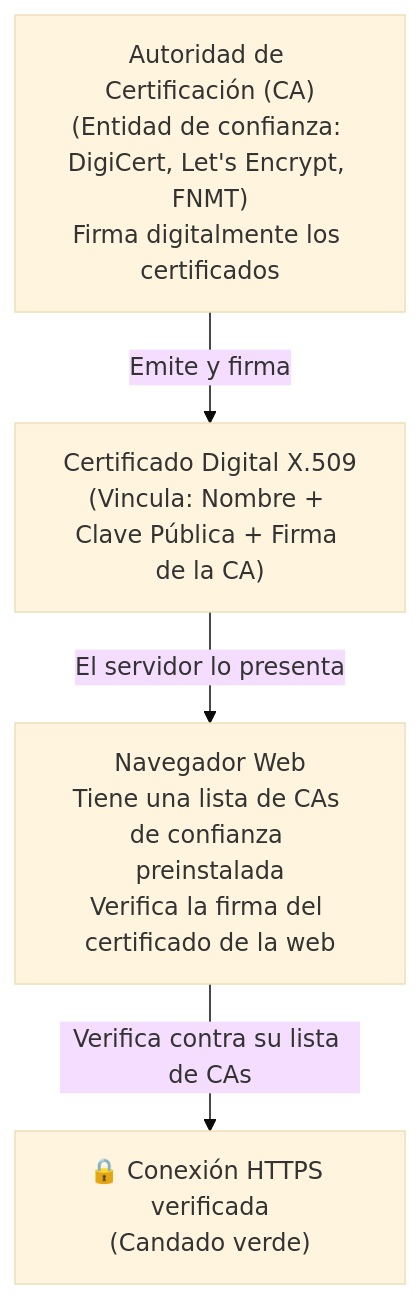
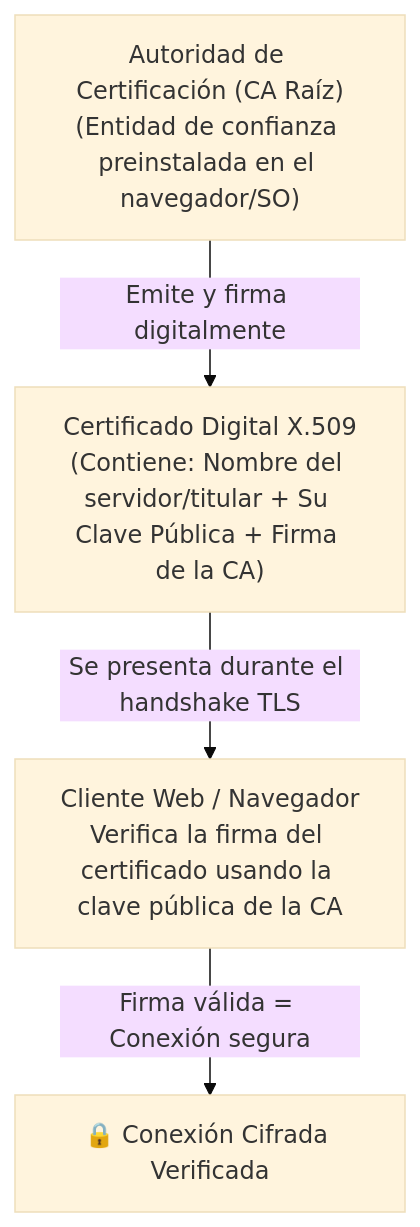
Before and after one commit to JohnDSil/apuntes_asir: the fourth of 5 diagrams in docs/2-curso/sad/03-control-acceso-criptografia.md, drawn with Mermaid (base theme). The commit also changed other lines of this file and 5 other files, not shown here.

````diff
--- a/docs/2-curso/sad/03-control-acceso-criptografia.md
+++ b/docs/2-curso/sad/03-control-acceso-criptografia.md
@@ -227,10 +177,10 @@
 ```mermaid
 flowchart TD
-    CA["Autoridad de Certificación (CA)\n(Entidad de confianza: DigiCert, Let's Encrypt, FNMT)\nFirma digitalmente los certificados"]
-    Cert["Certificado Digital X.509\n(Vincula: Nombre + Clave Pública + Firma de la CA)"]
-    Browser["Navegador Web\nTiene una lista de CAs de confianza preinstalada\nVerifica la firma del certificado de la web"]
+    CA["Autoridad de Certificación (CA Raíz)\n(Entidad de confianza preinstalada en el navegador/SO)"]
+    CERT["Certificado Digital X.509\n(Contiene: Nombre del servidor/titular + Su Clave Pública + Firma de la CA)"]
+    CLIENTE["Cliente Web / Navegador\nVerifica la firma del certificado usando la clave pública de la CA"]
 
-    CA -->|"Emite y firma"| Cert
-    Cert -->|"El servidor lo presenta"| Browser
-    Browser -->|"Verifica contra su lista de CAs"| OK["🔒 Conexión HTTPS verificada\n(Candado verde)"]
+    CA -->|"Emite y firma digitalmente"| CERT
+    CERT -->|"Se presenta durante el handshake TLS"| CLIENTE
+    CLIENTE -->|"Firma válida = Conexión segura"| HTTPS["🔒 Conexión Cifrada Verificada"]
 ```
````
